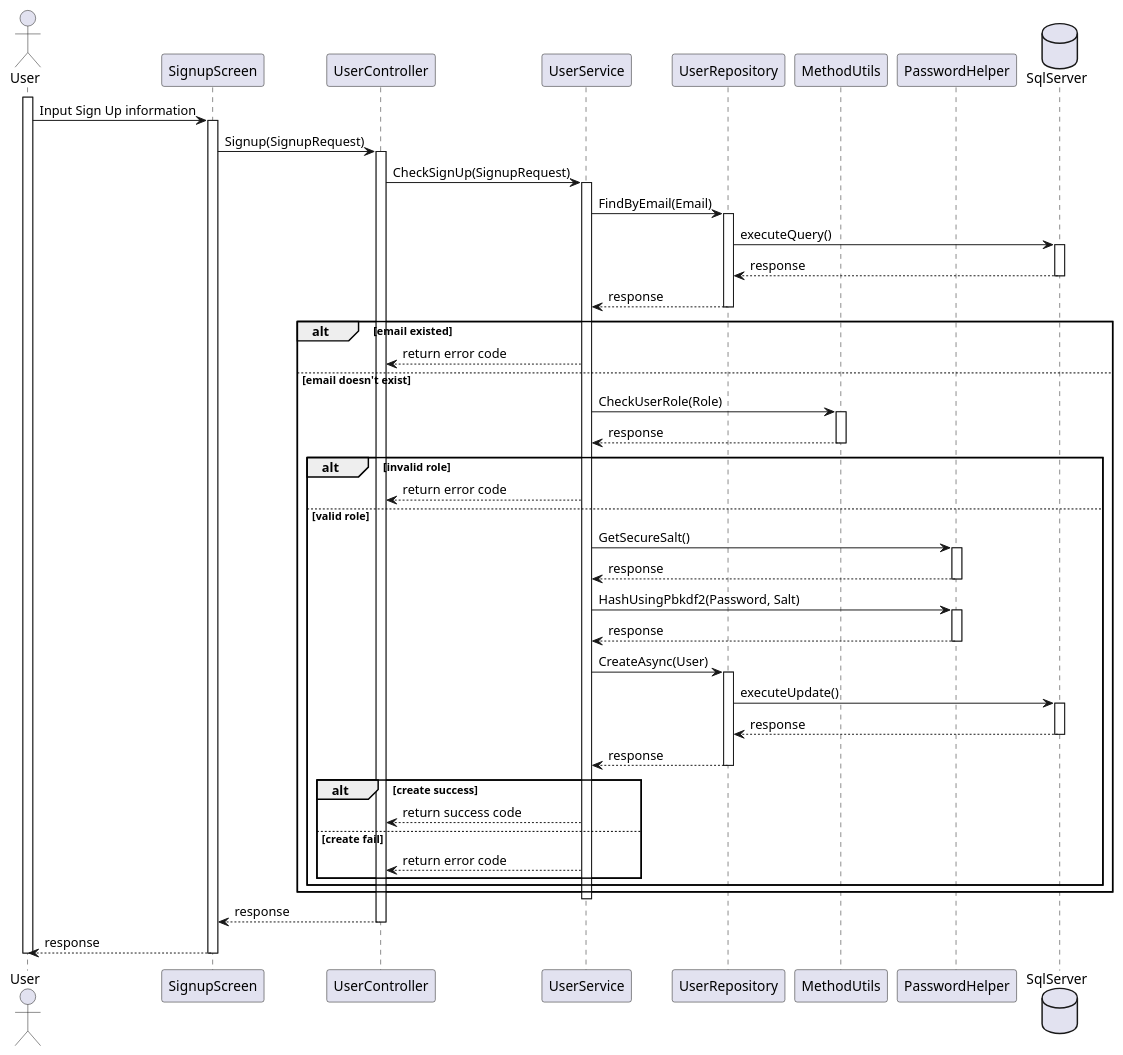
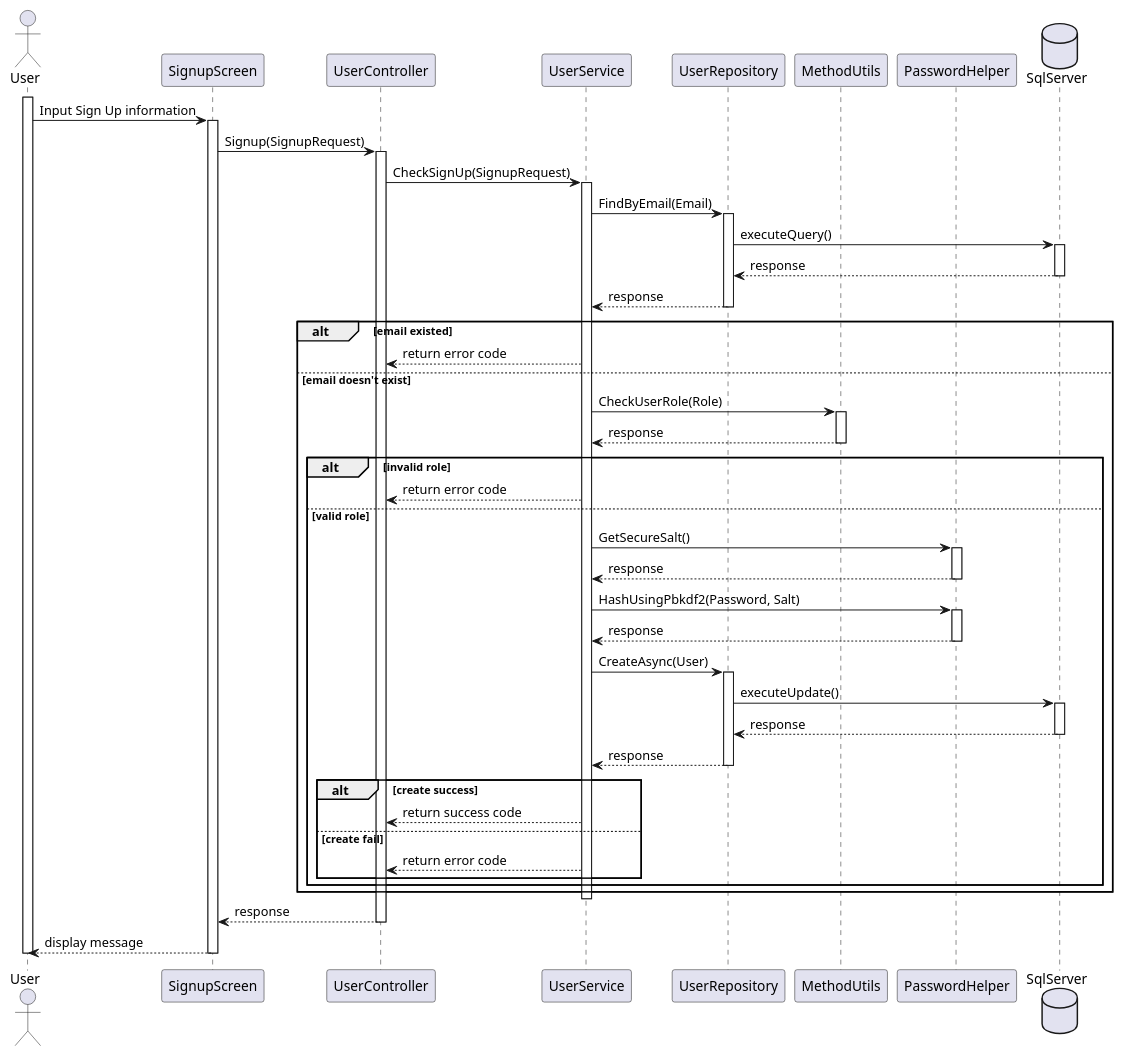
Before and after one commit to envydiace/FLMS_Diagram: the diagram in Common_feature_for_logged_user/Sequence_diagram/uc02_signup.puml, drawn with PlantUML. The commit also changed 3 other files, not shown here.

```diff
--- a/Common_feature_for_logged_user/Sequence_diagram/uc02_signup.puml
+++ b/Common_feature_for_logged_user/Sequence_diagram/uc02_signup.puml
@@ -1,65 +1,65 @@
 @startuml Sign Up
 actor User
 participant SignupScreen
 participant UserController
 participant UserService
 participant UserRepository
 participant MethodUtils
 participant PasswordHelper
 database SqlServer
 
 activate User
     User -> SignupScreen: Input Sign Up information
     activate SignupScreen
         SignupScreen -> UserController: Signup(SignupRequest)
         activate UserController
             UserController -> UserService: CheckSignUp(SignupRequest)
             activate UserService
                 UserService -> UserRepository: FindByEmail(Email)
                 activate UserRepository
                     UserRepository -> SqlServer: executeQuery()
                     activate SqlServer
                         SqlServer --> UserRepository: response
                     deactivate SqlServer
                     UserRepository --> UserService: response
                 deactivate UserRepository
                 alt email existed
                     UserService --> UserController: return error code
                 else email doesn't exist
                     UserService -> MethodUtils: CheckUserRole(Role)
                     activate MethodUtils
                         MethodUtils --> UserService: response 
                     deactivate MethodUtils
                     alt invalid role
                         UserService --> UserController: return error code
                     else valid role
                         UserService -> PasswordHelper: GetSecureSalt()
                         activate PasswordHelper
                             PasswordHelper --> UserService: response
                         deactivate PasswordHelper
                         UserService -> PasswordHelper: HashUsingPbkdf2(Password, Salt)
                         activate PasswordHelper
                             PasswordHelper --> UserService: response
                         deactivate PasswordHelper
                         UserService -> UserRepository: CreateAsync(User)
                         activate UserRepository
                             UserRepository -> SqlServer: executeUpdate()
                             activate SqlServer
                                 SqlServer --> UserRepository: response
                             deactivate SqlServer
                             UserRepository --> UserService: response
                         deactivate UserRepository
                         alt create success
                             UserService --> UserController: return success code
                         else create fail 
-                        UserService --> UserController: return error code
+                            UserService --> UserController: return error code
                         end
                     end
                 end
             deactivate UserService
             UserController --> SignupScreen: response
         deactivate UserController
-        SignupScreen --> User: response
+        SignupScreen --> User: display message
     deactivate SignupScreen
 deactivate User
 @enduml
```
